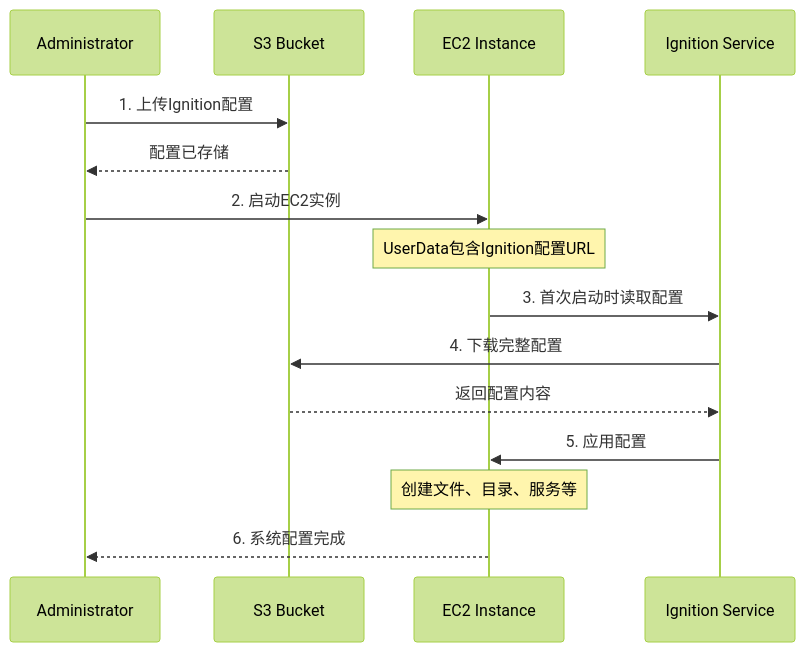
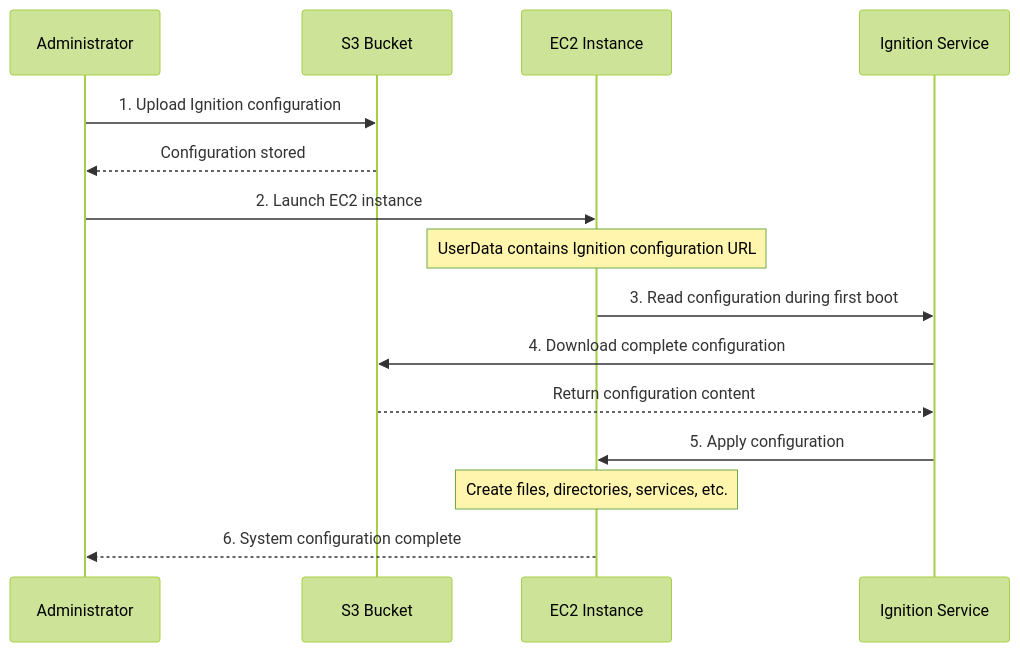
The third of 3 diagrams in files/oc-disconnected2.md (liweinan/deepseek-answers), drawn with Mermaid (forest theme) before and after one commit. The commit also changed other lines of this file and 4 other files, not shown here.

````diff
--- a/files/oc-disconnected2.md
+++ b/files/oc-disconnected2.md
@@ -742,22 +742,22 @@
 ```mermaid
 sequenceDiagram
     participant Admin as Administrator
     participant S3 as S3 Bucket
     participant EC2 as EC2 Instance
     participant Ignition as Ignition Service
 
-    Admin->>S3: 1. 上传Ignition配置
-    S3-->>Admin: 配置已存储
+    Admin->>S3: 1. Upload Ignition configuration
+    S3-->>Admin: Configuration stored
 
-    Admin->>EC2: 2. 启动EC2实例
-    Note over EC2: UserData包含Ignition配置URL
+    Admin->>EC2: 2. Launch EC2 instance
+    Note over EC2: UserData contains Ignition configuration URL
 
-    EC2->>Ignition: 3. 首次启动时读取配置
-    Ignition->>S3: 4. 下载完整配置
-    S3-->>Ignition: 返回配置内容
+    EC2->>Ignition: 3. Read configuration during first boot
+    Ignition->>S3: 4. Download complete configuration
+    S3-->>Ignition: Return configuration content
 
-    Ignition->>EC2: 5. 应用配置
-    Note over EC2: 创建文件、目录、服务等
+    Ignition->>EC2: 5. Apply configuration
+    Note over EC2: Create files, directories, services, etc.
 
-    EC2-->>Admin: 6. 系统配置完成
+    EC2-->>Admin: 6. System configuration complete
 ```
````
